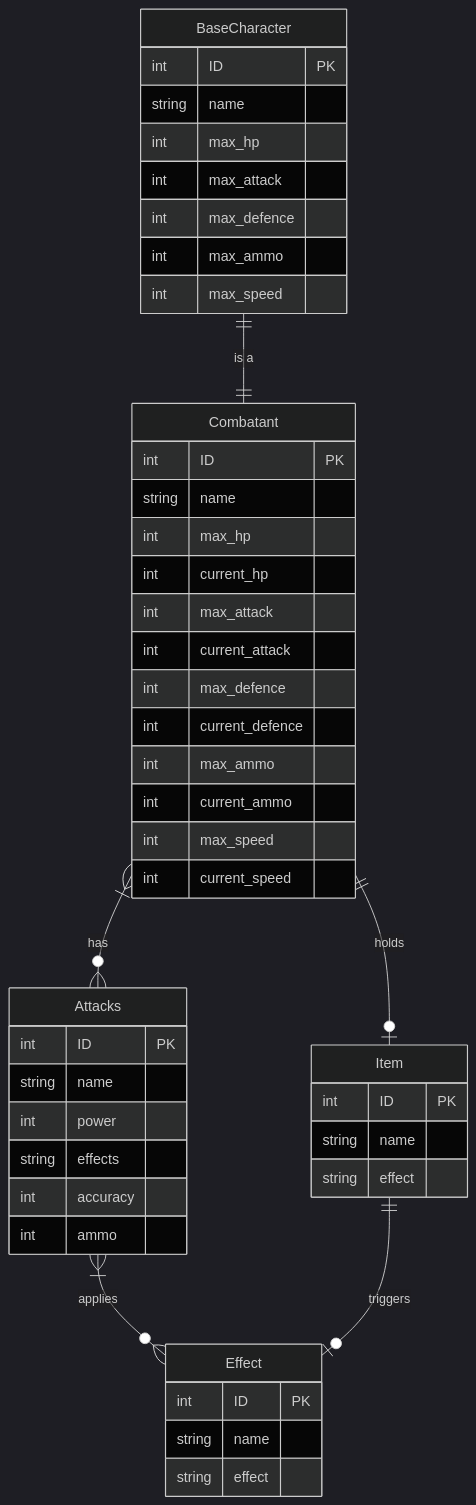
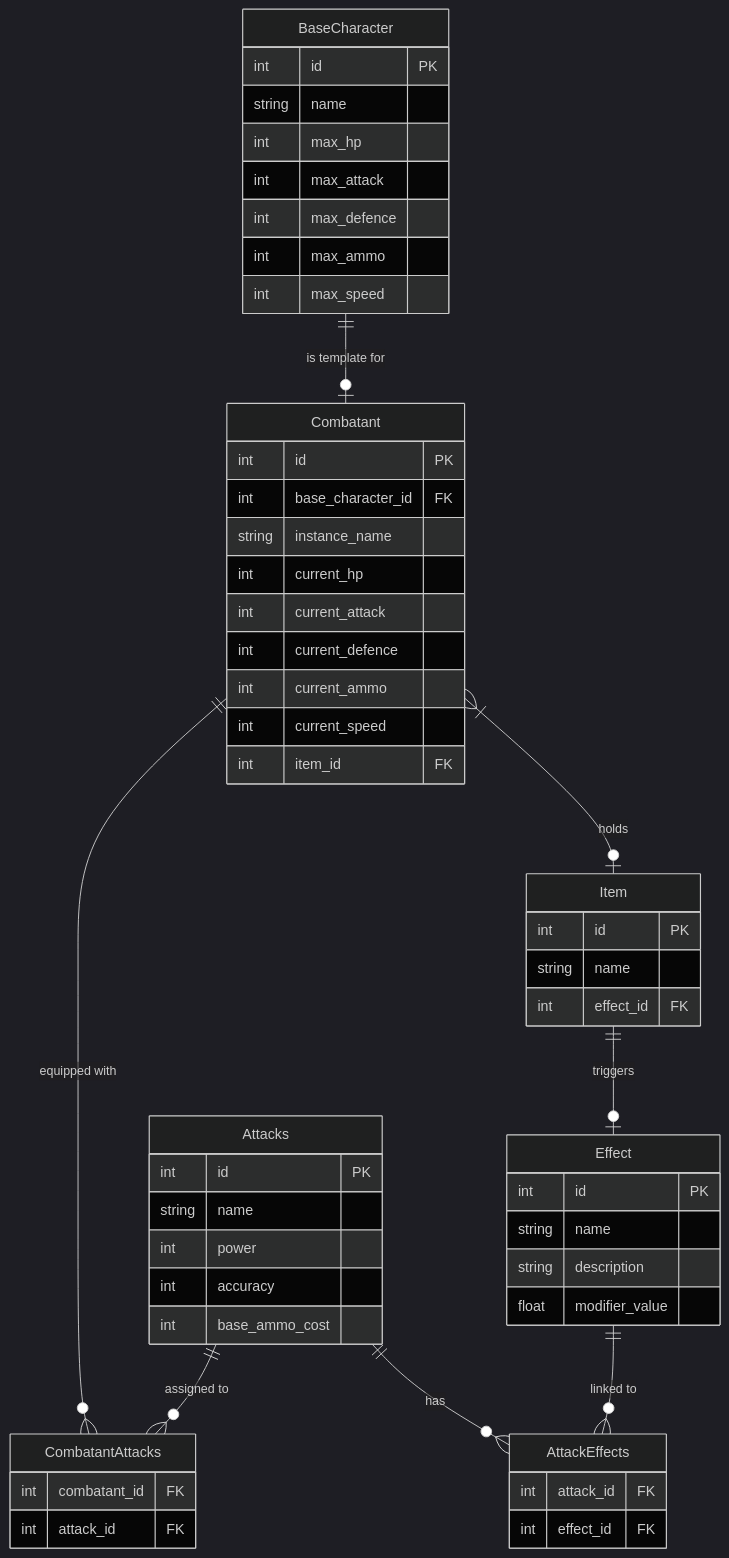
One commit to Temonchik01/DataBaseLabs changed the diagram in Lab1/ERDiagram.md. Above: the diagram before and after it, drawn with Mermaid (dark theme).

Commit message:
Revise ER diagram with new entities and relationships
Updated ER diagram to reflect new relationships and attributes.

````diff
--- a/Lab1/ERDiagram.md
+++ b/Lab1/ERDiagram.md
@@ -1,54 +1,63 @@
 ```mermaid
 erDiagram
-    BaseCharacter ||--|| Combatant : "is a"
-    Combatant }|--o{ Attacks : "has"
-    Combatant ||--o| Item : "holds"
-    Attacks }|--o{ Effect : "applies"
+    BaseCharacter ||--o| Combatant : "is template for"
+    Combatant ||--o{ CombatantAttacks : "equipped with"
+    Attacks ||--o{ CombatantAttacks : "assigned to"
+    Combatant }|--o| Item : "holds"
+    Attacks ||--o{ AttackEffects : "has"
+    Effect ||--o{ AttackEffects : "linked to"
     Item ||--o| Effect : "triggers"
 
     BaseCharacter {
-        int ID PK
+        int id PK
         string name
         int max_hp
         int max_attack
         int max_defence
         int max_ammo
         int max_speed
     }
 
     Combatant {
-        int ID PK
-        string name
-        int max_hp
+        int id PK
+        int base_character_id FK
+        string instance_name
         int current_hp
-        int max_attack
         int current_attack
-        int max_defence
         int current_defence
-        int max_ammo
         int current_ammo
-        int max_speed
         int current_speed
+        int item_id FK
     }
 
     Attacks {
-        int ID PK
+        int id PK
         string name
         int power
-        string effects
         int accuracy
-        int ammo
+        int base_ammo_cost
+    }
+
+    CombatantAttacks {
+        int combatant_id FK
+        int attack_id FK
     }
 
     Item {
-        int ID PK
+        int id PK
         string name
-        string effect
+        int effect_id FK
     }
 
     Effect {
-        int ID PK
+        int id PK
         string name
-        string effect
+        string description
+        float modifier_value
+    }
+
+    AttackEffects {
+        int attack_id FK
+        int effect_id FK
     }
 ```
````
